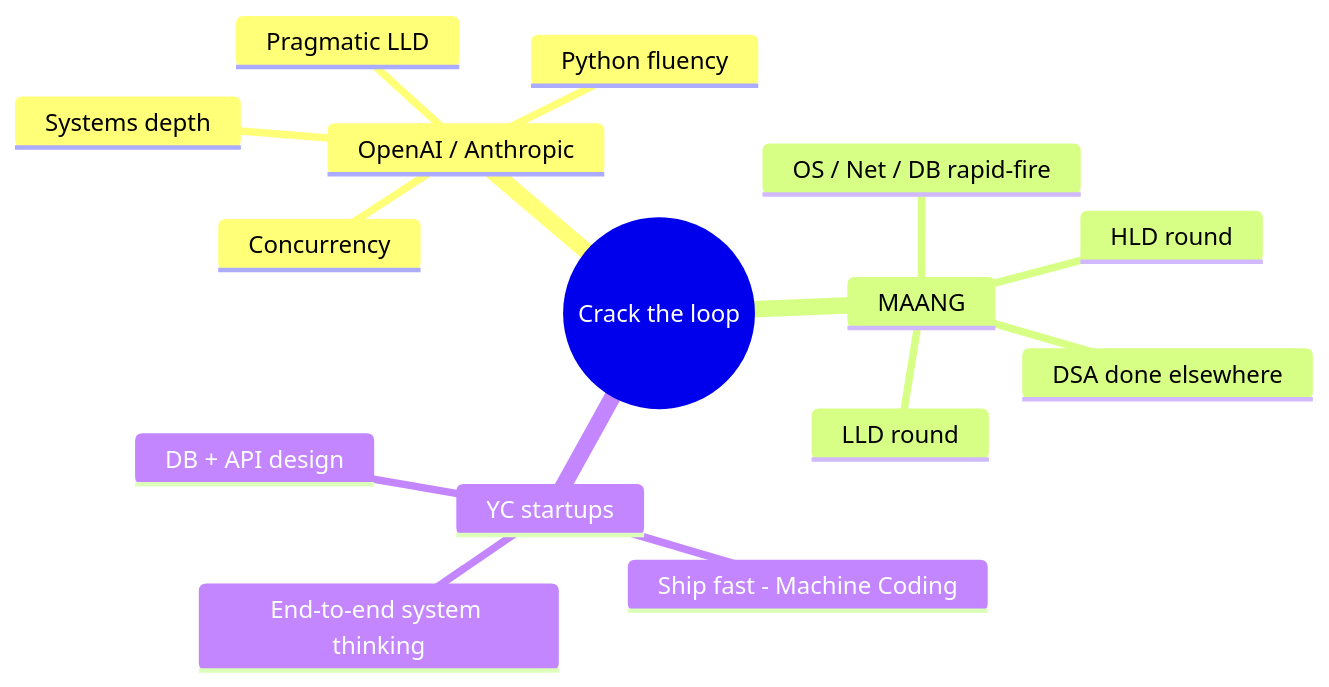
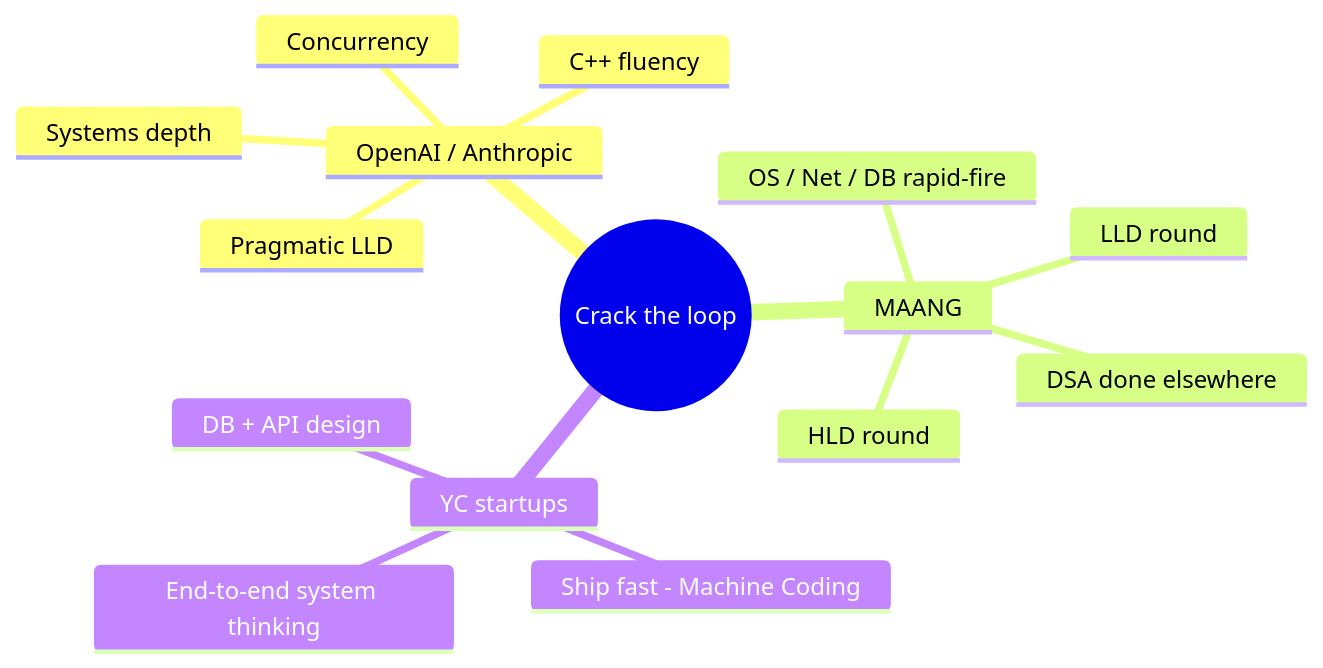
Before and after one commit to codevoks/Learning: the second of 2 diagrams in INTERVIEW-PREP.md, drawn with Mermaid. The commit also changed other lines of this file and 124 other files, not shown here.

````diff
--- a/INTERVIEW-PREP.md
+++ b/INTERVIEW-PREP.md
@@ -75,18 +75,18 @@
 ```mermaid
 mindmap
   root((Crack the loop))
     OpenAI / Anthropic
       Systems depth
-      Python fluency
+      C++ fluency
       Concurrency
       Pragmatic LLD
     MAANG
       DSA done elsewhere
       LLD round
       HLD round
       OS / Net / DB rapid-fire
     YC startups
       Ship fast - Machine Coding
       End-to-end system thinking
       DB + API design
 ```
````
